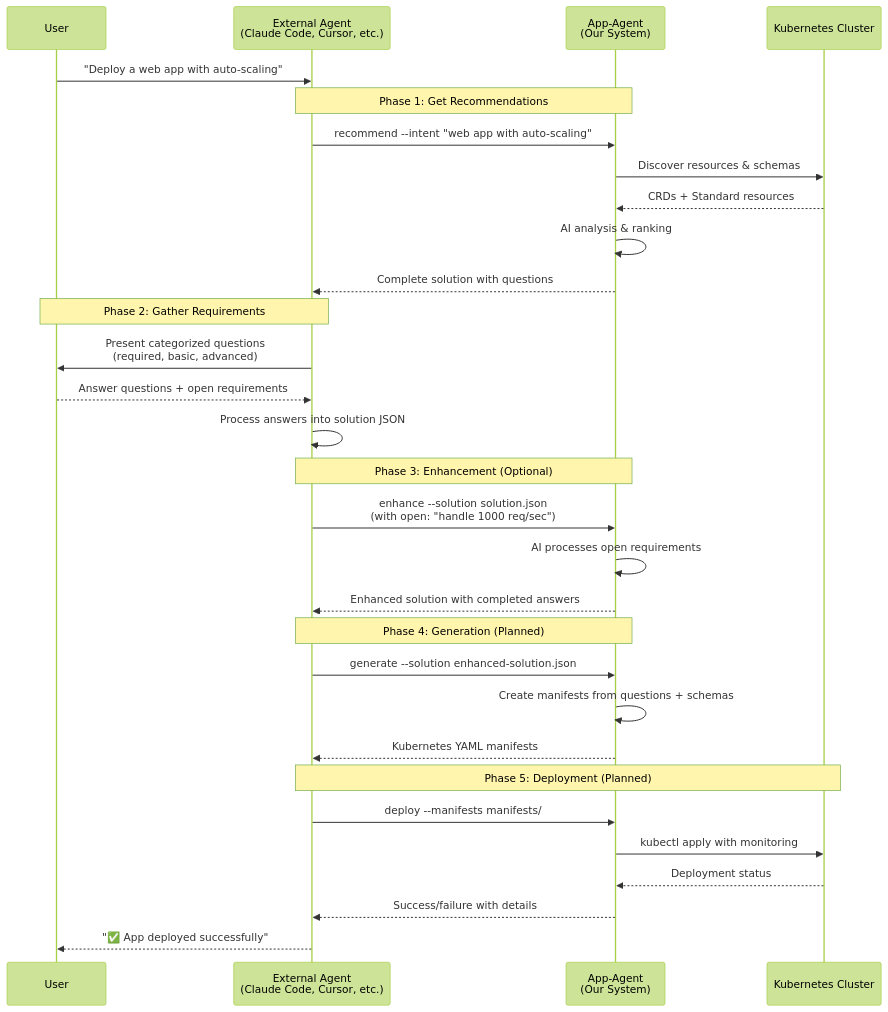
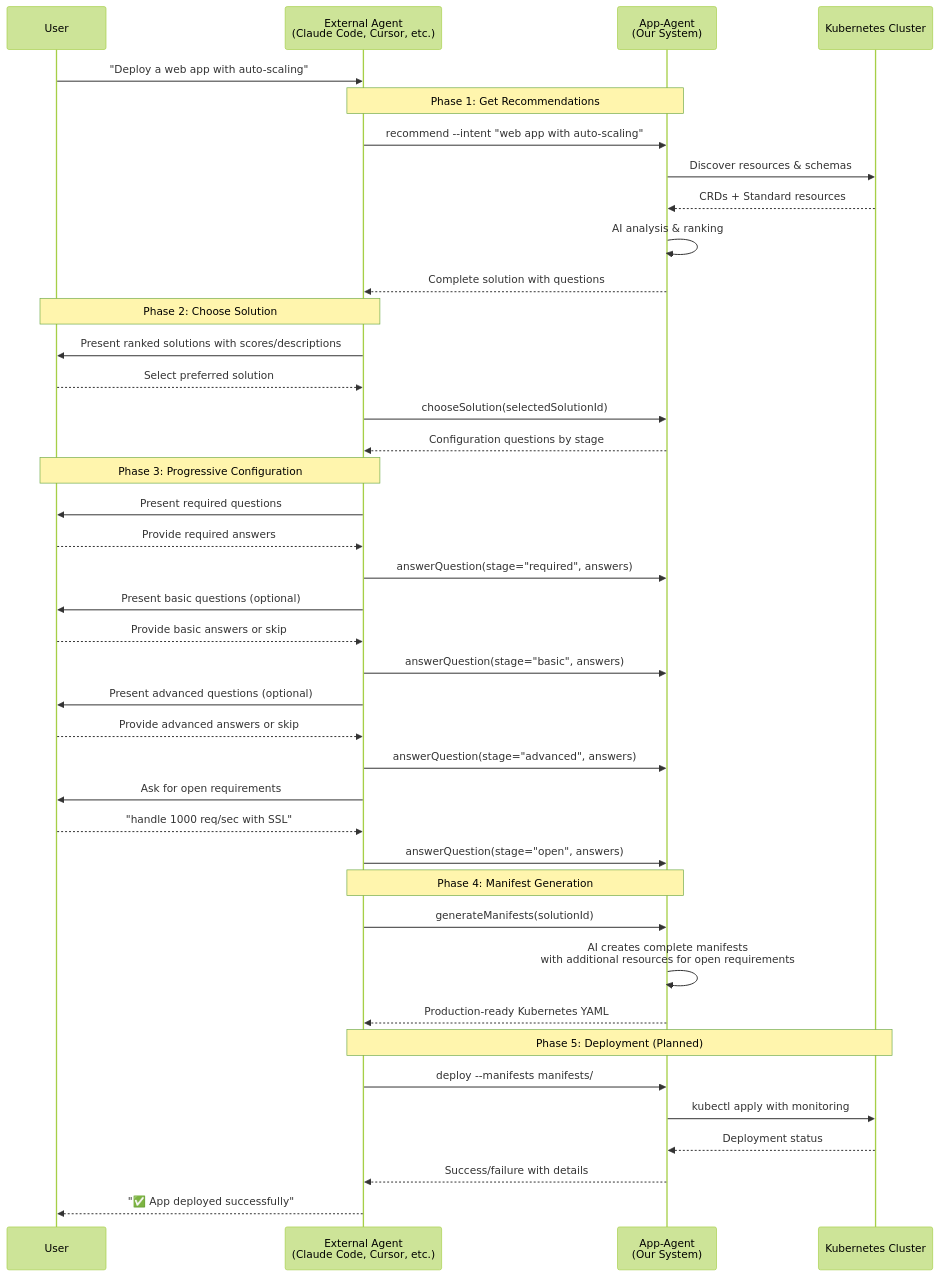
One commit to vfarcic/dot-ai changed the diagram in docs/design.md. Above: the diagram before and after it, drawn with Mermaid (forest theme). The commit also changed other lines of this file and 6 other files, not shown here.

````diff
--- a/docs/design.md
+++ b/docs/design.md
@@ -20,38 +22,48 @@
 ```mermaid
 sequenceDiagram
     participant User
     participant ExternalAgent as External Agent<br/>(Claude Code, Cursor, etc.)
     participant AppAgent as App-Agent<br/>(Our System)
     participant K8s as Kubernetes Cluster
 
     User->>ExternalAgent: "Deploy a web app with auto-scaling"
     
     Note over ExternalAgent,AppAgent: Phase 1: Get Recommendations
     ExternalAgent->>AppAgent: recommend --intent "web app with auto-scaling"
     AppAgent->>K8s: Discover resources & schemas
     K8s-->>AppAgent: CRDs + Standard resources
     AppAgent->>AppAgent: AI analysis & ranking
     AppAgent-->>ExternalAgent: Complete solution with questions
     
-    Note over ExternalAgent,User: Phase 2: Gather Requirements
-    ExternalAgent->>User: Present categorized questions<br/>(required, basic, advanced)
-    User-->>ExternalAgent: Answer questions + open requirements
-    ExternalAgent->>ExternalAgent: Process answers into solution JSON
+    Note over ExternalAgent,User: Phase 2: Choose Solution
+    ExternalAgent->>User: Present ranked solutions with scores/descriptions
+    User-->>ExternalAgent: Select preferred solution
+    ExternalAgent->>AppAgent: chooseSolution(selectedSolutionId)
+    AppAgent-->>ExternalAgent: Configuration questions by stage
     
-    Note over ExternalAgent,AppAgent: Phase 3: Enhancement (Optional)
-    ExternalAgent->>AppAgent: enhance --solution solution.json<br/>(with open: "handle 1000 req/sec")
-    AppAgent->>AppAgent: AI processes open requirements
-    AppAgent-->>ExternalAgent: Enhanced solution with completed answers
+    Note over ExternalAgent,User: Phase 3: Progressive Configuration
+    ExternalAgent->>User: Present required questions
+    User-->>ExternalAgent: Provide required answers
+    ExternalAgent->>AppAgent: answerQuestion(stage="required", answers)
+    ExternalAgent->>User: Present basic questions (optional)
+    User-->>ExternalAgent: Provide basic answers or skip
+    ExternalAgent->>AppAgent: answerQuestion(stage="basic", answers)
+    ExternalAgent->>User: Present advanced questions (optional)
+    User-->>ExternalAgent: Provide advanced answers or skip
+    ExternalAgent->>AppAgent: answerQuestion(stage="advanced", answers)
+    ExternalAgent->>User: Ask for open requirements
+    User-->>ExternalAgent: "handle 1000 req/sec with SSL"
+    ExternalAgent->>AppAgent: answerQuestion(stage="open", answers)
     
-    Note over ExternalAgent,AppAgent: Phase 4: Generation (Planned)
-    ExternalAgent->>AppAgent: generate --solution enhanced-solution.json
-    AppAgent->>AppAgent: Create manifests from questions + schemas
-    AppAgent-->>ExternalAgent: Kubernetes YAML manifests
+    Note over ExternalAgent,AppAgent: Phase 4: Manifest Generation
+    ExternalAgent->>AppAgent: generateManifests(solutionId)
+    AppAgent->>AppAgent: AI creates complete manifests<br/>with additional resources for open requirements
+    AppAgent-->>ExternalAgent: Production-ready Kubernetes YAML
     
     Note over ExternalAgent,K8s: Phase 5: Deployment (Planned)
     ExternalAgent->>AppAgent: deploy --manifests manifests/
     AppAgent->>K8s: kubectl apply with monitoring
     K8s-->>AppAgent: Deployment status
     AppAgent-->>ExternalAgent: Success/failure with details
     ExternalAgent-->>User: "✅ App deployed successfully"
 ```
````
